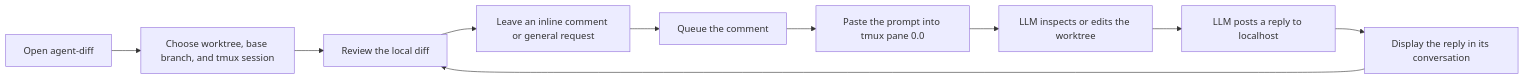
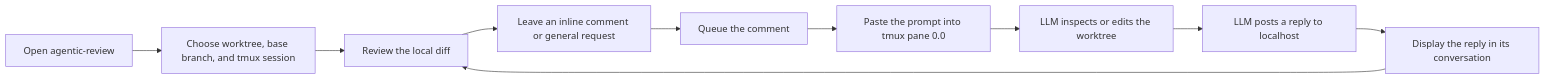
One commit to jkwak-work/agentic-review changed the diagram in DESIGN.md. Above: the diagram before and after it, drawn with Mermaid. The commit also changed other lines of this file and 5 other files, not shown here.

Commit message:
Rename project to agentic-review

````diff
--- a/DESIGN.md
+++ b/DESIGN.md
@@ -13,12 +13,12 @@
 ```mermaid
 flowchart LR
-    A[Open agent-diff] --> B[Choose worktree, base branch, and tmux session]
+    A[Open agentic-review] --> B[Choose worktree, base branch, and tmux session]
     B --> C[Review the local diff]
     C --> D[Leave an inline comment or general request]
     D --> E[Queue the comment]
     E --> F[Paste the prompt into tmux pane 0.0]
     F --> G[LLM inspects or edits the worktree]
     G --> H[LLM posts a reply to localhost]
     H --> I[Display the reply in its conversation]
     I --> C
 ```
````
